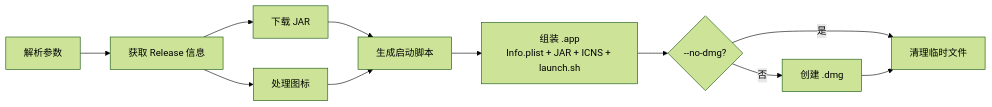
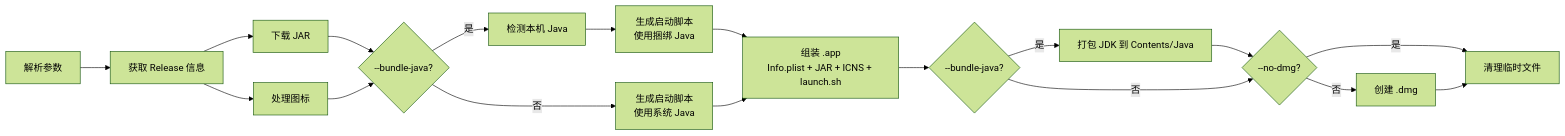
The diagram in README.md (SomeoneHX/hmcl-mac-builder), drawn with Mermaid (forest theme) before and after one commit. The commit also changed other lines of this file and 11 other files, not shown here.

Commit message:
feat: add --bundle-java to auto-detect and bundle local JDK into .app

````diff
--- a/README.md
+++ b/README.md
@@ -103,12 +114,18 @@
 ```mermaid
 flowchart LR
     A[解析参数] --> B[获取 Release 信息]
     B --> C[下载 JAR]
     B --> D[处理图标]
-    C & D --> E[生成启动脚本]
-    E --> F[组装 .app<br>Info.plist + JAR + ICNS + launch.sh]
-    F --> G{--no-dmg?}
-    G -- 否 --> H[创建 .dmg]
-    G -- 是 --> I[清理临时文件]
-    H --> I
+    C & D --> E{--bundle-java?}
+    E -- 是 --> F[检测本机 Java]
+    F --> G[生成启动脚本<br>使用捆绑 Java]
+    E -- 否 --> H[生成启动脚本<br>使用系统 Java]
+    G & H --> I[组装 .app<br>Info.plist + JAR + ICNS + launch.sh]
+    I --> J{--bundle-java?}
+    J -- 是 --> K[打包 JDK 到 Contents/Java]
+    K --> L{--no-dmg?}
+    J -- 否 --> L
+    L -- 否 --> M[创建 .dmg]
+    L -- 是 --> N[清理临时文件]
+    M --> N
 ```
````
